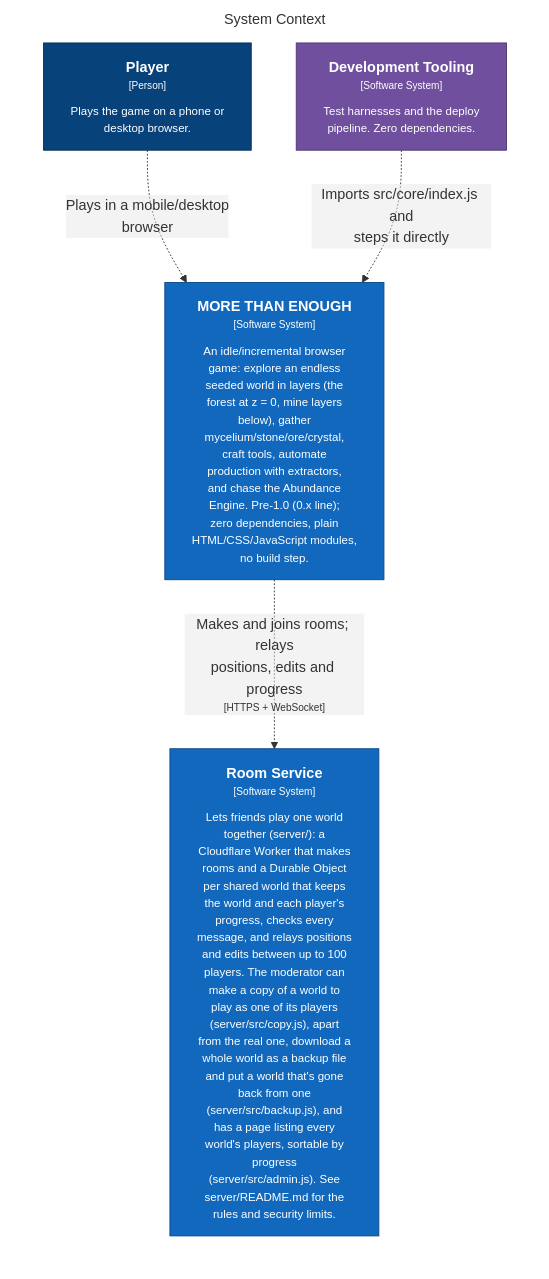
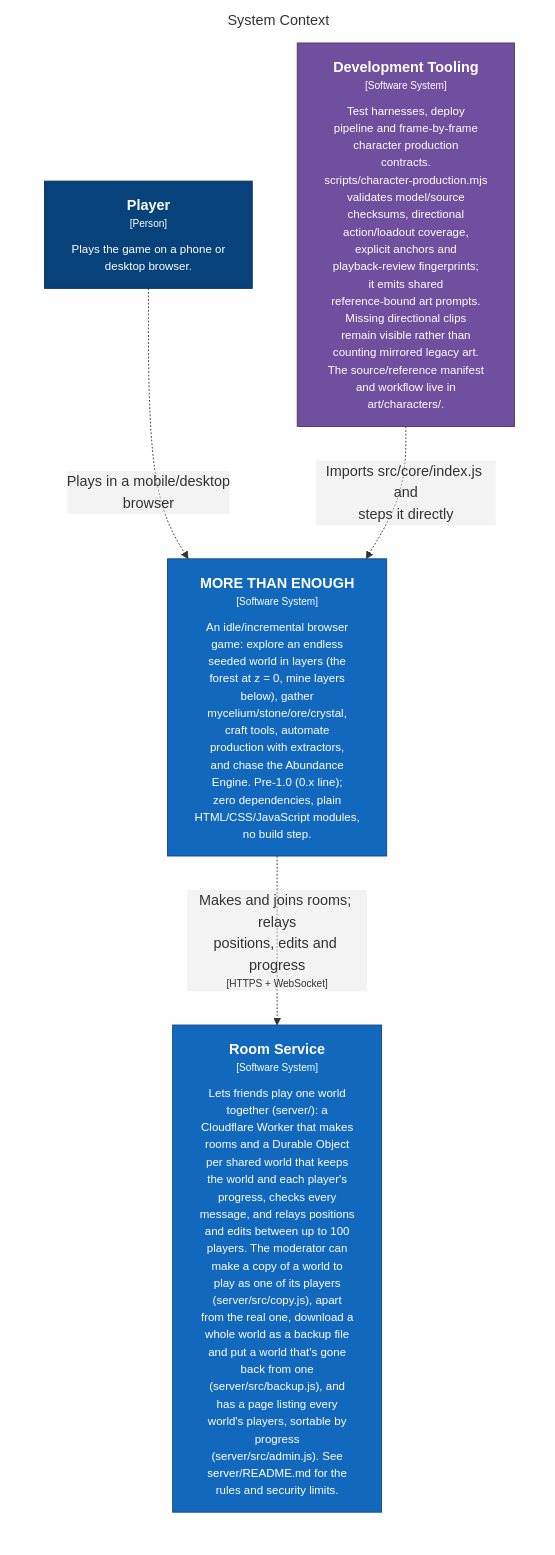
The diagram in structurizr/diagrams/SystemContext.mmd (bitkojine/more-than-enough), drawn with Mermaid before and after one commit. The commit also changed 14 other files, not shown here.

Commit message:
Add a consistent eight-direction frame-by-frame art production system

```diff
--- a/structurizr/diagrams/SystemContext.mmd
+++ b/structurizr/diagrams/SystemContext.mmd
@@ -1,21 +1,21 @@
 %% Generated from structurizr/workspace.dsl — do not edit; run: node structurizr/scripts/structurizr.mjs mermaid
 graph LR
   linkStyle default fill:#ffffff
 
   subgraph diagram ["System Context"]
     style diagram fill:#ffffff,stroke:#ffffff
 
     1["<div style='font-weight: bold'>Player</div><div style='font-size: 70%; margin-top: 0px'>[Person]</div><div style='font-size: 80%; margin-top:10px'>Plays the game on a phone or<br />desktop browser.</div>"]
     style 1 fill:#08427b,stroke:#052e56,color:#ffffff
     3["<div style='font-weight: bold'>MORE THAN ENOUGH</div><div style='font-size: 70%; margin-top: 0px'>[Software System]</div><div style='font-size: 80%; margin-top:10px'>An idle/incremental browser<br />game: explore an endless<br />seeded world in layers (the<br />forest at z = 0, mine layers<br />below), gather<br />mycelium/stone/ore/crystal,<br />craft tools, automate<br />production with extractors,<br />and chase the Abundance<br />Engine. Pre-1.0 (0.x line);<br />zero dependencies, plain<br />HTML/CSS/JavaScript modules,<br />no build step.</div>"]
     style 3 fill:#1168bd,stroke:#0b4884,color:#ffffff
     33["<div style='font-weight: bold'>Room Service</div><div style='font-size: 70%; margin-top: 0px'>[Software System]</div><div style='font-size: 80%; margin-top:10px'>Lets friends play one world<br />together (server/): a<br />Cloudflare Worker that makes<br />rooms and a Durable Object<br />per shared world that keeps<br />the world and each player's<br />progress, checks every<br />message, and relays positions<br />and edits between up to 100<br />players. The moderator can<br />make a copy of a world to<br />play as one of its players<br />(server/src/copy.js), apart<br />from the real one, download a<br />whole world as a backup file<br />and put a world that's gone<br />back from one<br />(server/src/backup.js), and<br />has a page listing every<br />world's players, sortable by<br />progress<br />(server/src/admin.js). See<br />server/README.md for the<br />rules and security limits.</div>"]
     style 33 fill:#1168bd,stroke:#0b4884,color:#ffffff
-    34["<div style='font-weight: bold'>Development Tooling</div><div style='font-size: 70%; margin-top: 0px'>[Software System]</div><div style='font-size: 80%; margin-top:10px'>Test harnesses and the deploy<br />pipeline. Zero dependencies.</div>"]
+    34["<div style='font-weight: bold'>Development Tooling</div><div style='font-size: 70%; margin-top: 0px'>[Software System]</div><div style='font-size: 80%; margin-top:10px'>Test harnesses, deploy<br />pipeline and frame-by-frame<br />character production<br />contracts.<br />scripts/character-production.mjs<br />validates model/source<br />checksums, directional<br />action/loadout coverage,<br />explicit anchors and<br />playback-review fingerprints;<br />it emits shared<br />reference-bound art prompts.<br />Missing directional clips<br />remain visible rather than<br />counting mirrored legacy art.<br />The source/reference manifest<br />and workflow live in<br />art/characters/.</div>"]
     style 34 fill:#6f4f9e,stroke:#4d376e,color:#ffffff
 
     1-. "<div>Plays in a mobile/desktop<br />browser</div><div style='font-size: 70%'></div>" .->3
     3-. "<div>Makes and joins rooms; relays<br />positions, edits and progress</div><div style='font-size: 70%'>[HTTPS + WebSocket]</div>" .->33
     34-. "<div>Imports src/core/index.js and<br />steps it directly</div><div style='font-size: 70%'></div>" .->3
 
   end
```
